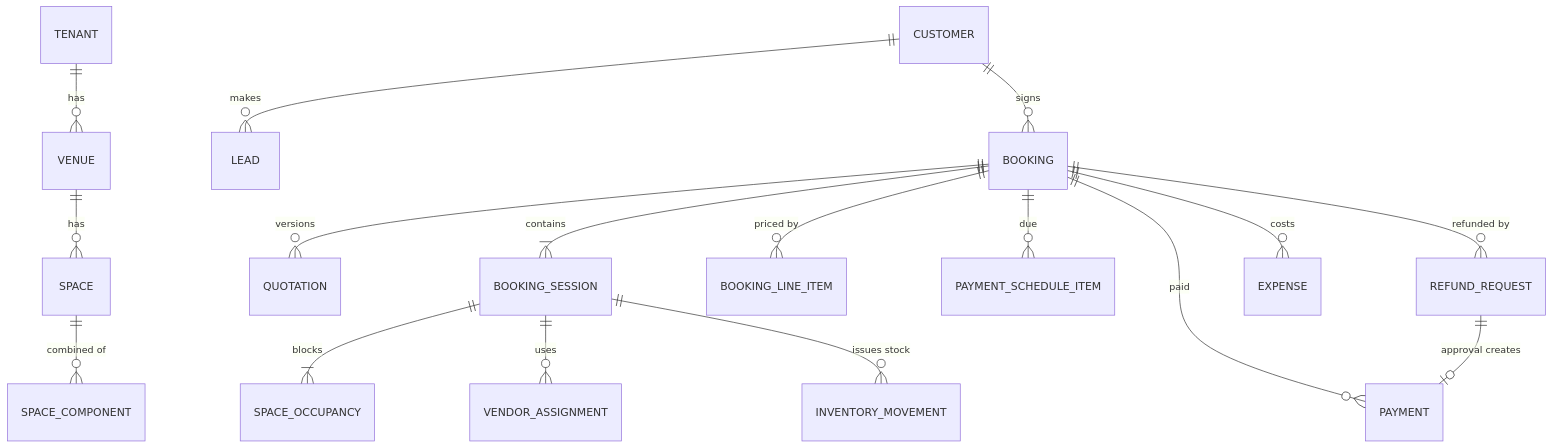
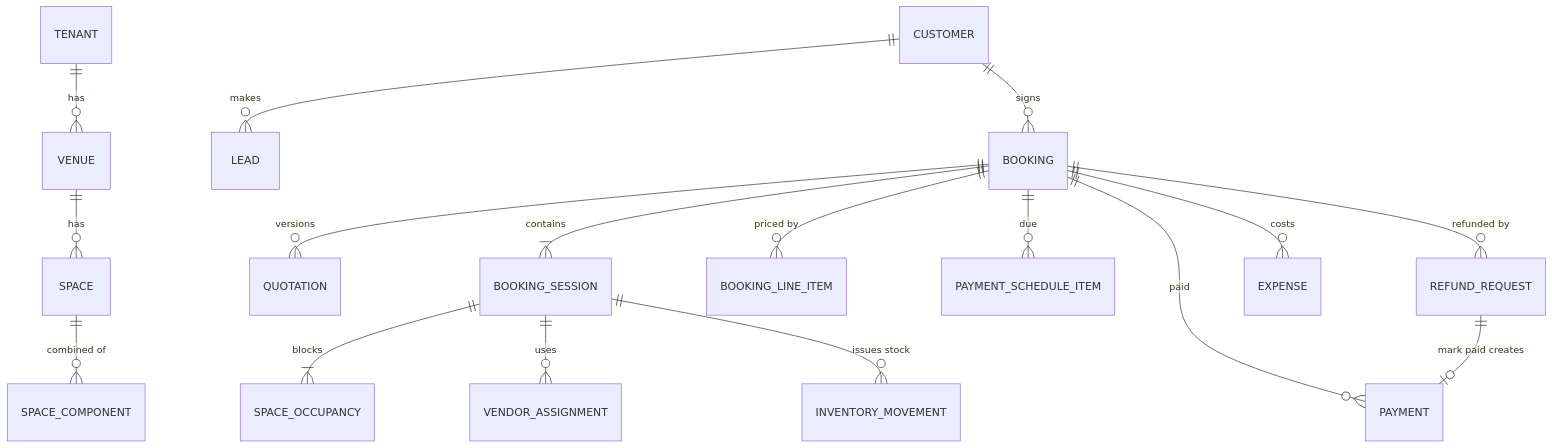
One commit to MuhammadMaaz2001/venueOS changed the diagram in docs/03-data-model.md. Above: the diagram before and after it, drawn with Mermaid. The commit also changed other lines of this file and 74 other files, not shown here.

````diff
--- a/docs/03-data-model.md
+++ b/docs/03-data-model.md
@@ -23,19 +23,19 @@
 ```mermaid
 erDiagram
   TENANT ||--o{ VENUE : has
   VENUE ||--o{ SPACE : has
   SPACE ||--o{ SPACE_COMPONENT : "combined of"
   CUSTOMER ||--o{ LEAD : makes
   CUSTOMER ||--o{ BOOKING : signs
   BOOKING ||--o{ QUOTATION : "versions"
   BOOKING ||--|{ BOOKING_SESSION : contains
   BOOKING_SESSION ||--|{ SPACE_OCCUPANCY : blocks
   BOOKING ||--o{ BOOKING_LINE_ITEM : "priced by"
   BOOKING ||--o{ PAYMENT_SCHEDULE_ITEM : "due"
   BOOKING ||--o{ PAYMENT : "paid"
   BOOKING ||--o{ REFUND_REQUEST : "refunded by"
-  REFUND_REQUEST ||--o| PAYMENT : "approval creates"
+  REFUND_REQUEST ||--o| PAYMENT : "mark paid creates"
   BOOKING_SESSION ||--o{ VENDOR_ASSIGNMENT : uses
   BOOKING_SESSION ||--o{ INVENTORY_MOVEMENT : "issues stock"
   BOOKING ||--o{ EXPENSE : costs
 ```
````
